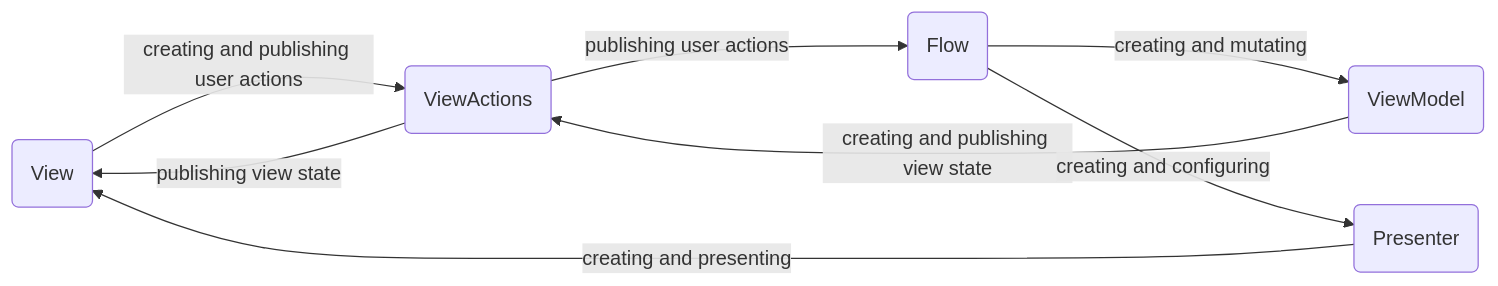
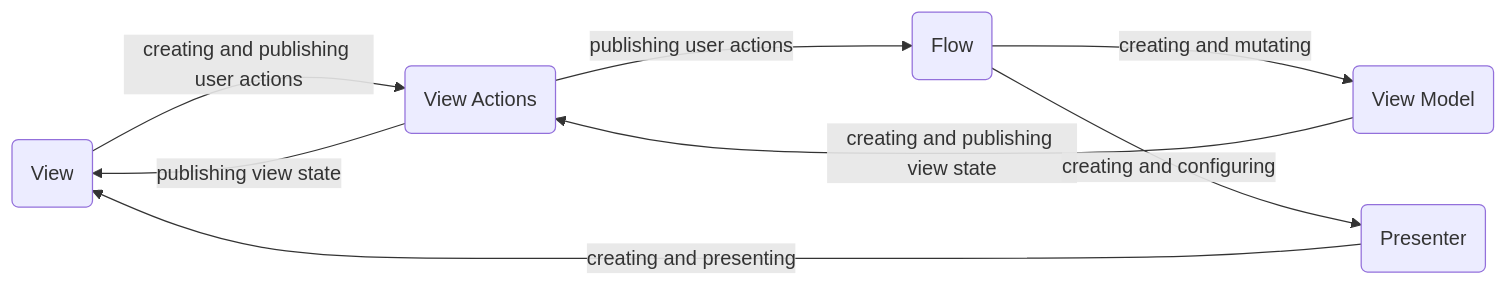
Before and after one commit to rzmn/verni: the second of 3 diagrams in README.md, drawn with Mermaid. The commit also changed other lines of this file, not shown here.

````diff
--- a/README.md
+++ b/README.md
@@ -59,10 +74,10 @@
 ```mermaid
 graph LR
-    View(View) -- creating and publishing user actions --> ViewActions(ViewActions)
+    View(View) -- creating and publishing user actions --> ViewActions(View Actions)
     ViewActions(ViewActions) -- publishing user actions --> Flow(Flow)
-    ViewModel(ViewModel) -- creating and publishing view state --> ViewActions(ViewActions)
-    ViewActions(ViewActions) -- publishing view state --> View(View)
-    Flow(Flow) -- creating and mutating --> ViewModel(ViewModel)
+    ViewModel(View Model) -- creating and publishing view state --> ViewActions(View Actions)
+    ViewActions(View Actions) -- publishing view state --> View(View)
+    Flow(Flow) -- creating and mutating --> ViewModel(View Model)
     Flow(Flow) -- creating and configuring --> Presenter(Presenter)
     Presenter(Presenter) -- creating and presenting --> View(View)
 ```
````
